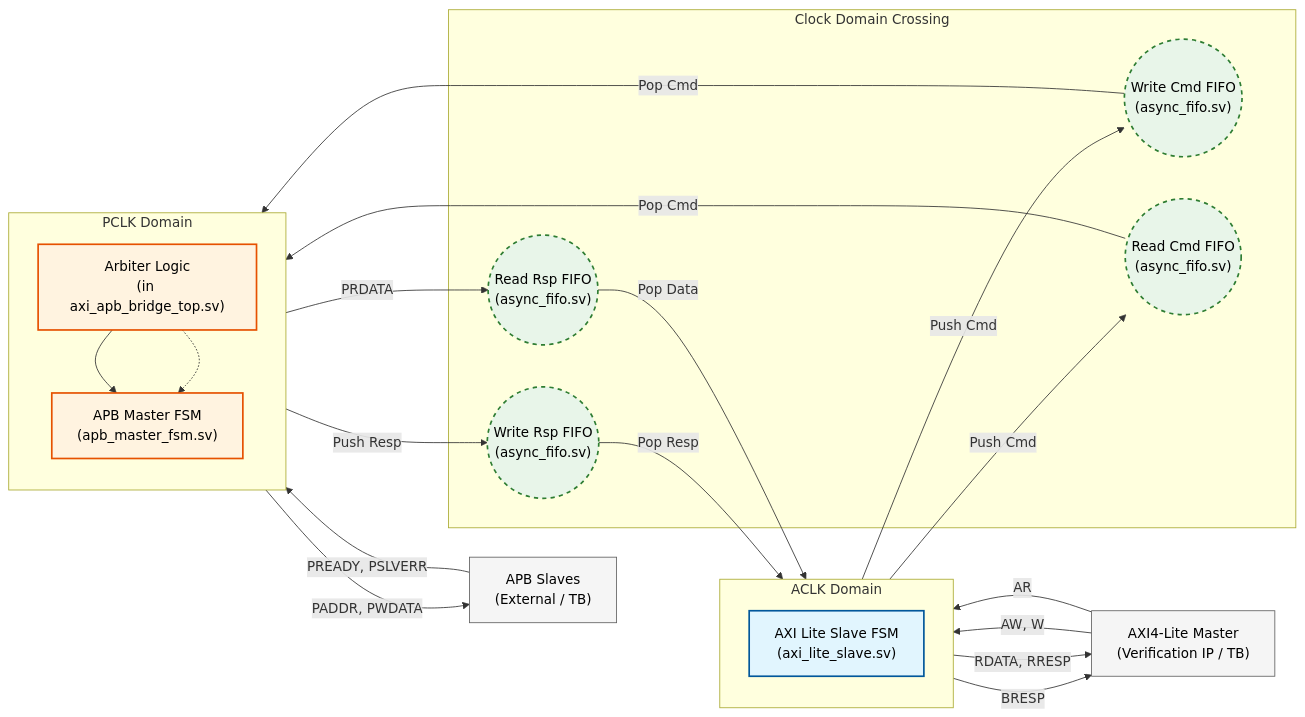
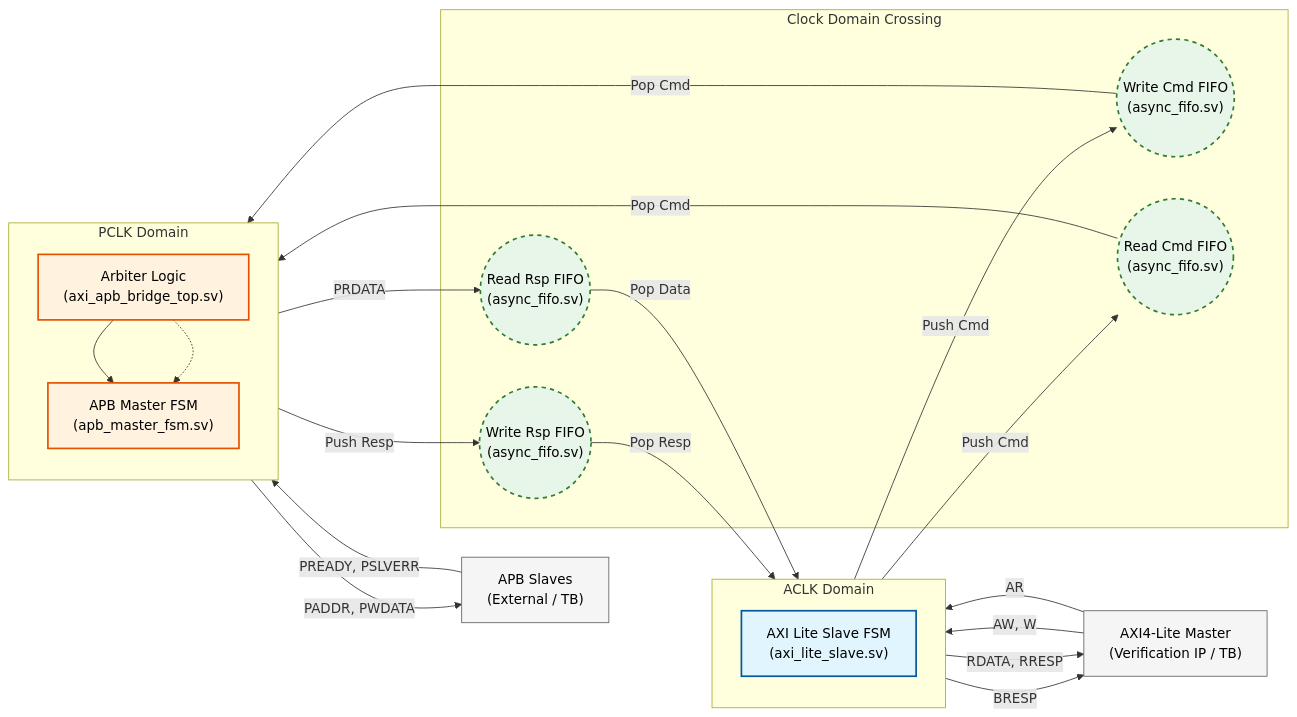
Before and after one commit to noammalca1/AXI4-Lite-to-APB-Bridge-with-Asynchronous-CDC: the diagram in README.md, drawn with Mermaid.

````diff
--- a/README.md
+++ b/README.md
@@ -6,53 +6,53 @@
 ```mermaid
 graph LR
     %% Styles
     classDef aclk fill:#e1f5fe,stroke:#01579b,stroke-width:2px,color:black;
     classDef pclk fill:#fff3e0,stroke:#e65100,stroke-width:2px,color:black;
     classDef fifo fill:#e8f5e9,stroke:#2e7d32,stroke-width:2px,stroke-dasharray: 5 5,color:black;
     classDef ext fill:#f5f5f5,stroke:#616161,stroke-width:1px,color:black;
 
     %% External Interfaces
     AXI_Master["AXI4-Lite Master<br/>(Verification IP / TB)"]:::ext
     APB_Slaves["APB Slaves<br/>(External / TB)"]:::ext
 
     %% ACLK Domain Subgraph
     subgraph ACLK_Domain [ACLK Domain]
         direction TB
         AXI_Slave["AXI Lite Slave FSM<br/>(axi_lite_slave.sv)"]:::aclk
     end
 
     %% PCLK Domain Subgraph
     subgraph PCLK_Domain [PCLK Domain]
         direction TB
-        Arbiter["Arbiter Logic<br/>(in axi_apb_bridge_top.sv)"]:::pclk
+        Arbiter["Arbiter Logic<br/>(axi_apb_bridge_top.sv)"]:::pclk
         APB_FSM["APB Master FSM<br/>(apb_master_fsm.sv)"]:::pclk
     end
 
     %% FIFOs (CDC)
     subgraph CDC [Clock Domain Crossing]
         WrCmd_FIFO(("Write Cmd FIFO<br/>(async_fifo.sv)")):::fifo
         RdCmd_FIFO(("Read Cmd FIFO<br/>(async_fifo.sv)")):::fifo
         WrRsp_FIFO(("Write Rsp FIFO<br/>(async_fifo.sv)")):::fifo
         RdRsp_FIFO(("Read Rsp FIFO<br/>(async_fifo.sv)")):::fifo
     end
 
     %% Flow Connections - Write Path
     AXI_Master -- AW, W --> AXI_Slave
     AXI_Slave -- Push Cmd --> WrCmd_FIFO
     WrCmd_FIFO -- Pop Cmd --> Arbiter
     Arbiter --> APB_FSM
     APB_FSM -- PADDR, PWDATA --> APB_Slaves
     APB_Slaves -- PREADY, PSLVERR --> APB_FSM
     APB_FSM -- Push Resp --> WrRsp_FIFO
     WrRsp_FIFO -- Pop Resp --> AXI_Slave
     AXI_Slave -- BRESP --> AXI_Master
 
     %% Flow Connections - Read Path
     AXI_Master -- AR --> AXI_Slave
     AXI_Slave -- Push Cmd --> RdCmd_FIFO
     RdCmd_FIFO -- Pop Cmd --> Arbiter
     Arbiter -.-> APB_FSM
     APB_FSM -- PRDATA --> RdRsp_FIFO
     RdRsp_FIFO -- Pop Data --> AXI_Slave
     AXI_Slave -- RDATA, RRESP --> AXI_Master
 ```
````
